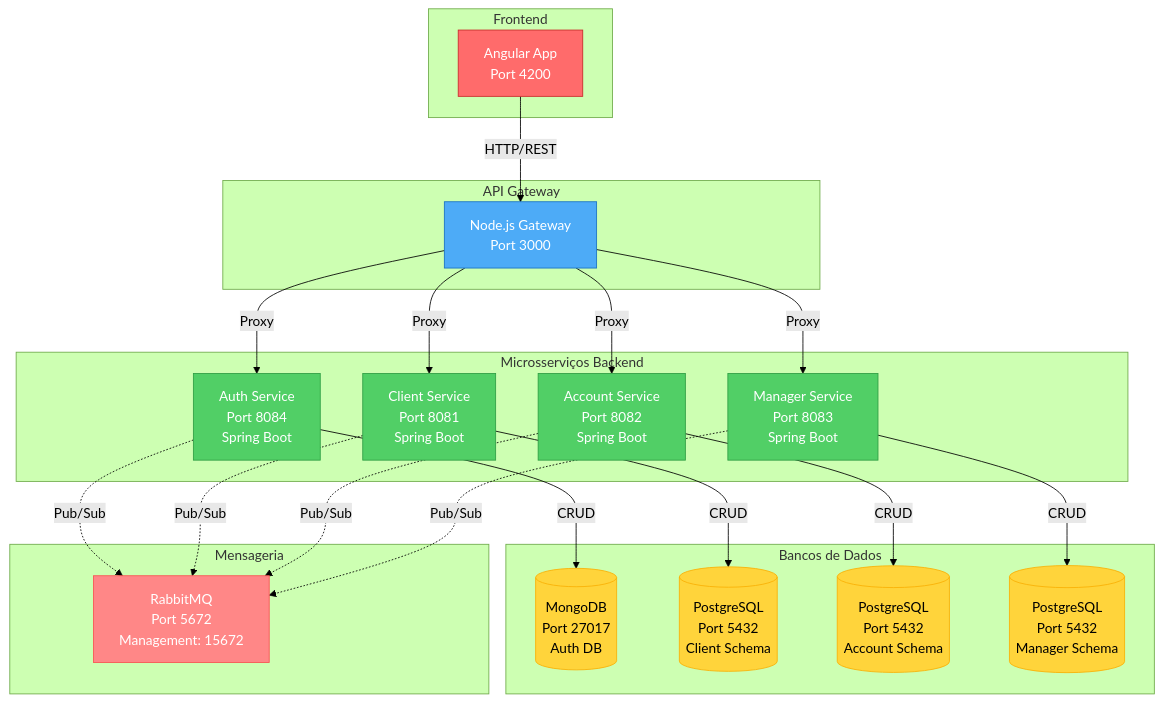
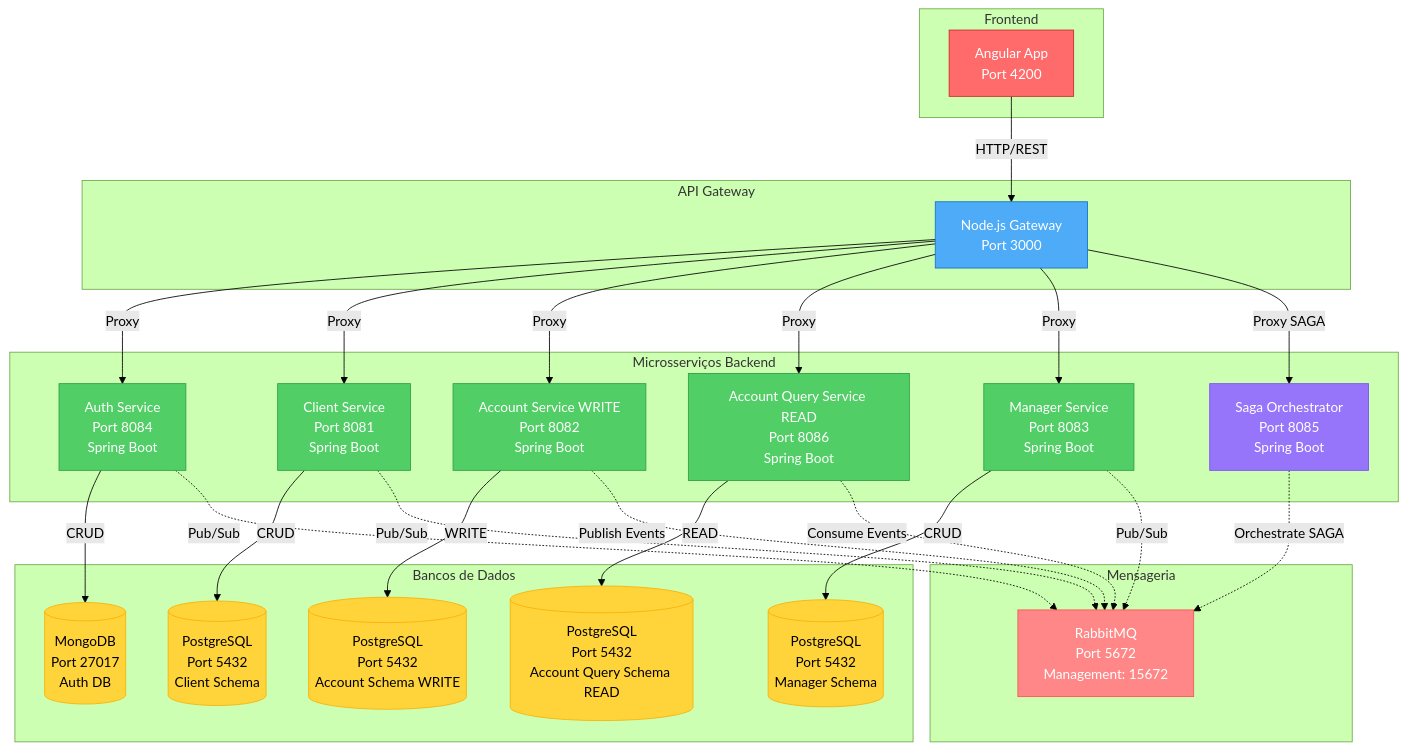
The first of 6 diagrams in README.md (VictorPBilbao/ProjetoFinalDAC), drawn with Mermaid (forest theme) before and after one commit. The commit also changed other lines of this file, not shown here.

First line of the commit message:
Expands README with CQRS, SAGA, and service details

````diff
--- a/README.md
+++ b/README.md
@@ -54,56 +113,67 @@
 ```mermaid
 graph TB
     subgraph "Frontend"
         A[Angular App<br/>Port 4200]
     end
-    
+
     subgraph "API Gateway"
         B[Node.js Gateway<br/>Port 3000]
     end
-    
+
     subgraph "Microsserviços Backend"
         C[Auth Service<br/>Port 8084<br/>Spring Boot]
         D[Client Service<br/>Port 8081<br/>Spring Boot]
-        E[Account Service<br/>Port 8082<br/>Spring Boot]
+        E[Account Service WRITE<br/>Port 8082<br/>Spring Boot]
+        E2[Account Query Service READ<br/>Port 8086<br/>Spring Boot]
         F[Manager Service<br/>Port 8083<br/>Spring Boot]
+        S[Saga Orchestrator<br/>Port 8085<br/>Spring Boot]
     end
-    
+
     subgraph "Bancos de Dados"
         G[(MongoDB<br/>Port 27017<br/>Auth DB)]
         H[(PostgreSQL<br/>Port 5432<br/>Client Schema)]
-        I[(PostgreSQL<br/>Port 5432<br/>Account Schema)]
+        I[(PostgreSQL<br/>Port 5432<br/>Account Schema WRITE)]
+        I2[(PostgreSQL<br/>Port 5432<br/>Account Query Schema READ)]
         J[(PostgreSQL<br/>Port 5432<br/>Manager Schema)]
     end
-    
+
     subgraph "Mensageria"
         K[RabbitMQ<br/>Port 5672<br/>Management: 15672]
     end
-    
+
     A -->|HTTP/REST| B
     B -->|Proxy| C
     B -->|Proxy| D
     B -->|Proxy| E
+    B -->|Proxy| E2
     B -->|Proxy| F
-    
+    B -->|Proxy SAGA| S
+
     C -->|CRUD| G
     D -->|CRUD| H
-    E -->|CRUD| I
+    E -->|WRITE| I
+    E2 -->|READ| I2
     F -->|CRUD| J
-    
+
     C -.->|Pub/Sub| K
     D -.->|Pub/Sub| K
-    E -.->|Pub/Sub| K
+    E -.->|Publish Events| K
+    E2 -.->|Consume Events| K
     F -.->|Pub/Sub| K
-    
+    S -.->|Orchestrate SAGA| K
+
     style A fill:#ff6b6b,stroke:#c92a2a,color:#fff
     style B fill:#4dabf7,stroke:#1971c2,color:#fff
     style C fill:#51cf66,stroke:#2f9e44,color:#fff
     style D fill:#51cf66,stroke:#2f9e44,color:#fff
     style E fill:#51cf66,stroke:#2f9e44,color:#fff
+    style E2 fill:#51cf66,stroke:#2f9e44,color:#fff
     style F fill:#51cf66,stroke:#2f9e44,color:#fff
+    style S fill:#9775fa,stroke:#7950f2,color:#fff
     style G fill:#ffd43b,stroke:#fab005,color:#000
     style H fill:#ffd43b,stroke:#fab005,color:#000
     style I fill:#ffd43b,stroke:#fab005,color:#000
+    style I2 fill:#ffd43b,stroke:#fab005,color:#000
     style J fill:#ffd43b,stroke:#fab005,color:#000
     style K fill:#ff8787,stroke:#fa5252,color:#fff
 ```
````
